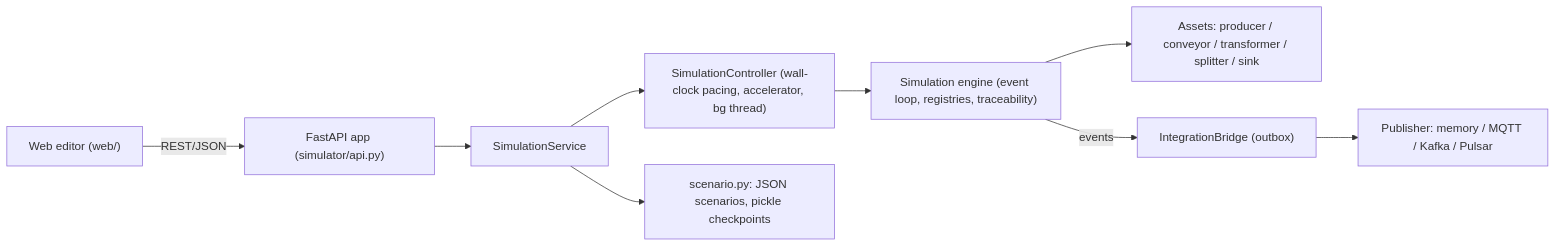
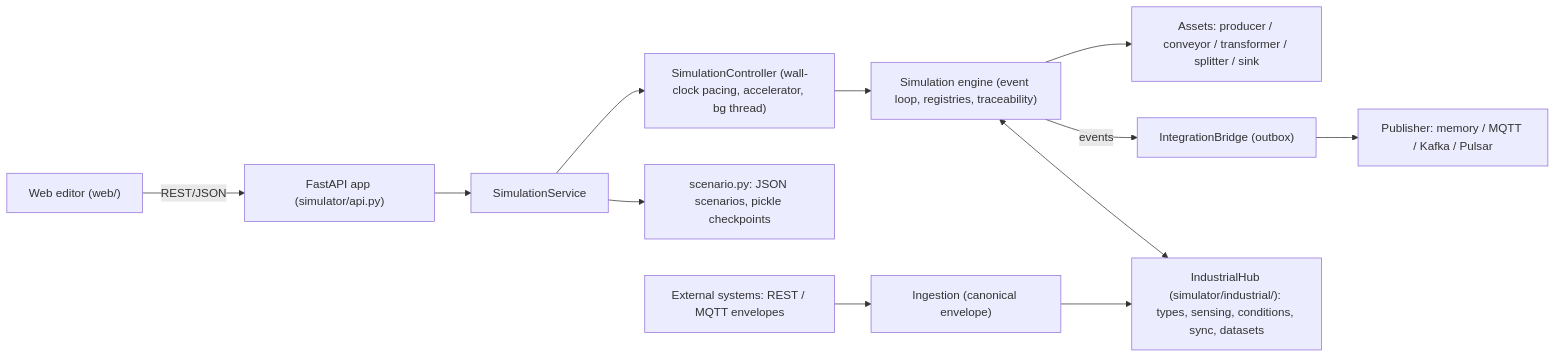
Before and after one commit to Engineering-Research-and-Development/industrial-simulator: the diagram in docs/ARCHITECTURE.md, drawn with Mermaid. The commit also changed other lines of this file and 8 other files, not shown here.

````diff
--- a/docs/ARCHITECTURE.md
+++ b/docs/ARCHITECTURE.md
@@ -3,10 +3,12 @@
 ```mermaid
 flowchart LR
   UI["Web editor (web/)"] -- REST/JSON --> API["FastAPI app (simulator/api.py)"]
   API --> SVC["SimulationService"]
   SVC --> CTRL["SimulationController (wall-clock pacing, accelerator, bg thread)"]
   CTRL --> ENG["Simulation engine (event loop, registries, traceability)"]
   ENG --> ASSETS["Assets: producer / conveyor / transformer / splitter / sink"]
   ENG -- events --> BRIDGE["IntegrationBridge (outbox)"] --> PUB["Publisher: memory / MQTT / Kafka / Pulsar"]
   SVC --> SCN["scenario.py: JSON scenarios, pickle checkpoints"]
+  ENG <--> IND["IndustrialHub (simulator/industrial/): types, sensing, conditions, sync, datasets"]
+  EXT["External systems: REST / MQTT envelopes"] --> ING["Ingestion (canonical envelope)"] --> IND
 ```
````
